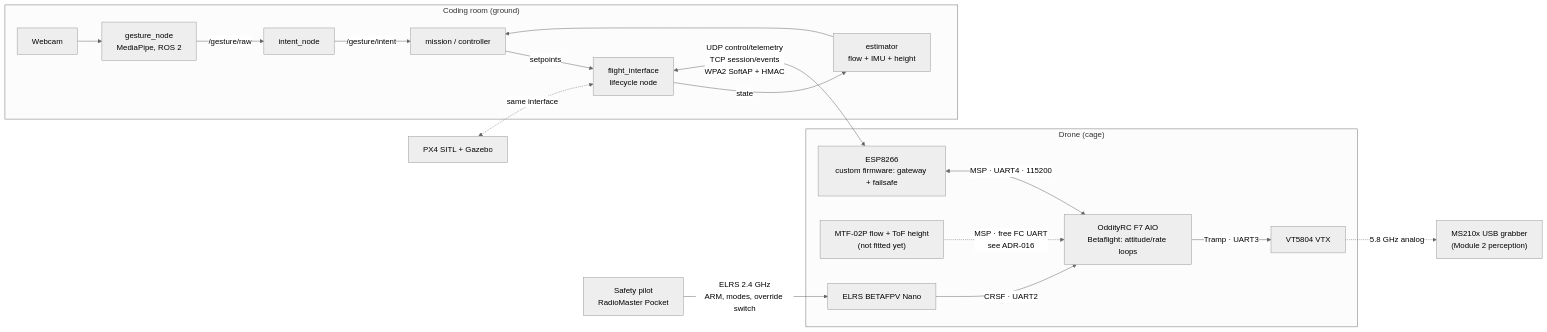
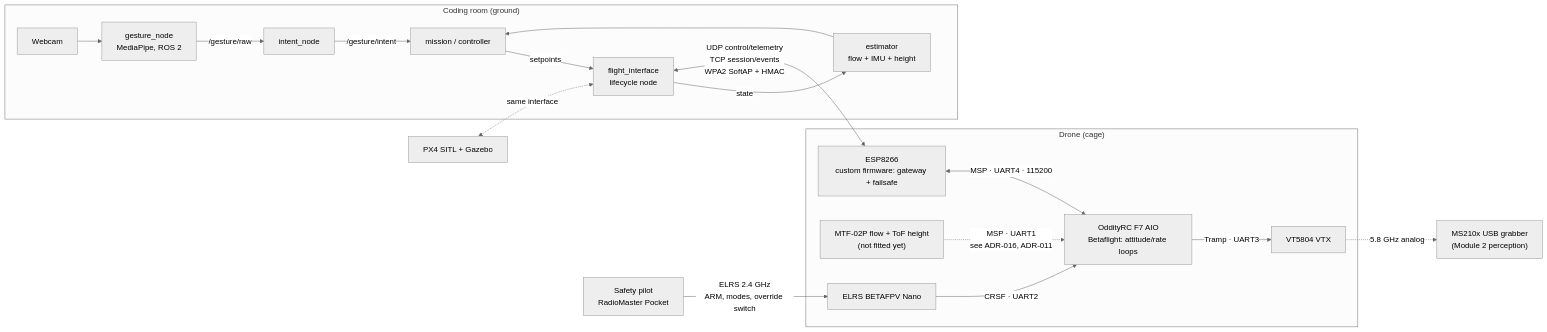
One commit to SEAME-pt/SEA-ME_Team1_ROSRangers changed the diagram in docs/PraticalPlan/03 Architecture/System Overview.md. Above: the diagram before and after it, drawn with Mermaid (neutral theme). The commit also changed 6 other files, not shown here.

````diff
--- a/docs/PraticalPlan/03 Architecture/System Overview.md
+++ b/docs/PraticalPlan/03 Architecture/System Overview.md
@@ -23,26 +23,26 @@
 ```mermaid
 flowchart LR
   subgraph Room["Coding room (ground)"]
     CAM[Webcam] --> GEST["gesture_node<br/>MediaPipe, ROS 2"]
     GEST -->|/gesture/raw| GN[intent_node]
     GN -->|/gesture/intent| MISSION[mission / controller]
     EST["estimator<br/>flow + IMU + height"] --> MISSION
     MISSION -->|setpoints| FI["flight_interface<br/>lifecycle node"]
     FI -->|state| EST
   end
   subgraph Air["Drone (cage)"]
     ESP["ESP8266<br/>custom firmware: gateway + failsafe"]
     FC["OddityRC F7 AIO<br/>Betaflight: attitude/rate loops"]
     FLOW["MTF-02P flow + ToF height<br/>(not fitted yet)"]
     ELRS["ELRS BETAFPV Nano"]
     VTX["VT5804 VTX"]
   end
   FI <-->|"UDP control/telemetry<br/>TCP session/events<br/>WPA2 SoftAP + HMAC"| ESP
   ESP <-->|"MSP · UART4 · 115200"| FC
-  FLOW -.->|"MSP · free FC UART<br/>see ADR-016"| FC
+  FLOW -.->|"MSP · UART1<br/>see ADR-016, ADR-011"| FC
   PILOT["Safety pilot<br/>RadioMaster Pocket"] -->|"ELRS 2.4 GHz<br/>ARM, modes, override switch"| ELRS
   ELRS -->|"CRSF · UART2"| FC
   FC -->|"Tramp · UART3"| VTX
   VTX -.->|"5.8 GHz analog"| GRAB["MS210x USB grabber<br/>(Module 2 perception)"]
   SIM["PX4 SITL + Gazebo"] <-.same interface.-> FI
 ```
````
